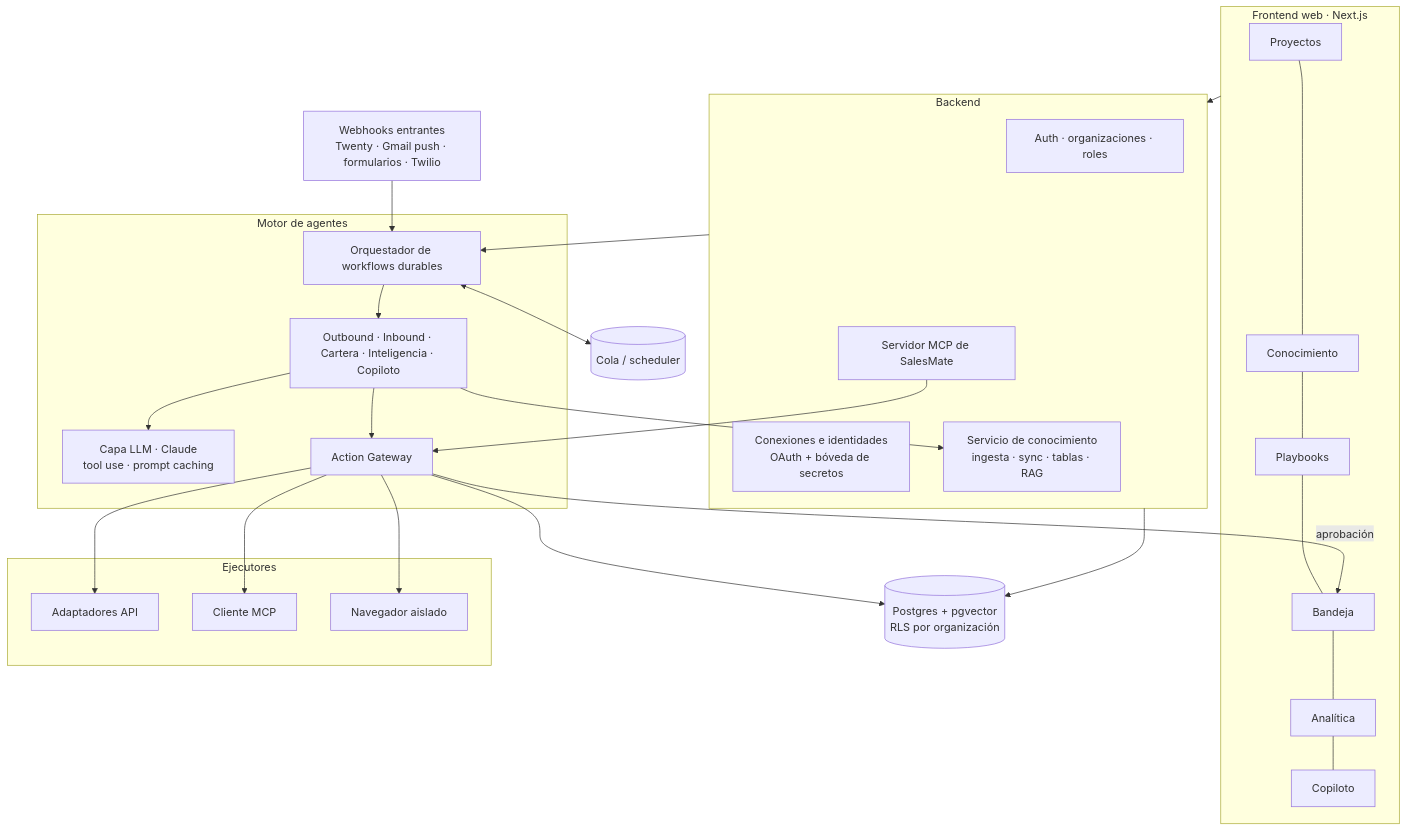
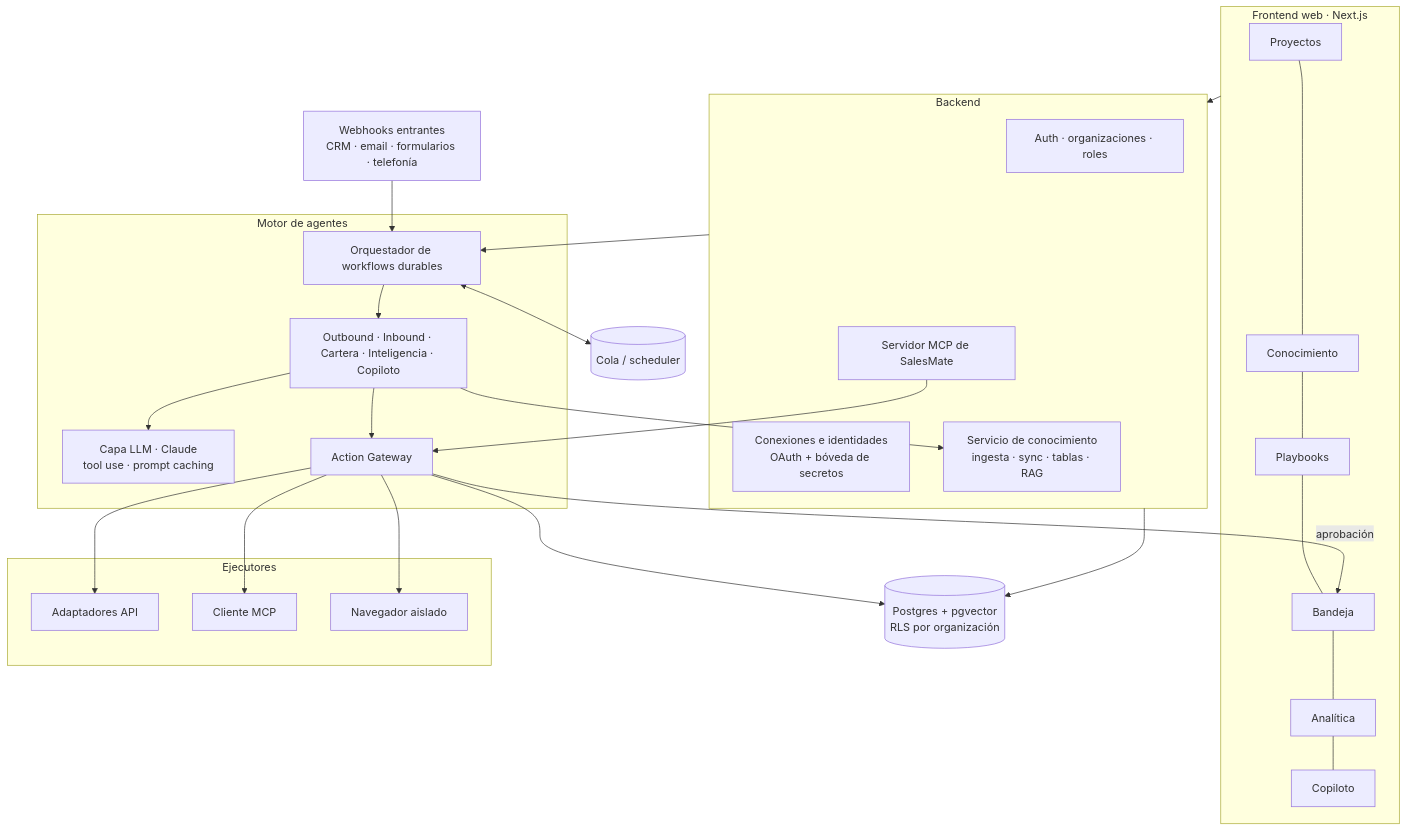
One commit to fredibaques/salesmate changed the fifth of 5 diagrams in docs/PLAN.md. Above: the diagram before and after it, drawn with Mermaid. The commit also changed other lines of this file and 1 other file, not shown here.

````diff
--- a/docs/PLAN.md
+++ b/docs/PLAN.md
@@ -504,37 +554,37 @@
 ```mermaid
 flowchart TB
     subgraph UI[Frontend web · Next.js]
         P[Proyectos] --- K[Conocimiento] --- PB[Playbooks] --- Inbox[Bandeja] --- An[Analítica] --- Cop[Copiloto]
     end
     subgraph API[Backend]
         Auth[Auth · organizaciones · roles]
         Conn[Conexiones e identidades<br/>OAuth + bóveda de secretos]
         KS[Servicio de conocimiento<br/>ingesta · sync · tablas · RAG]
         MCPS[Servidor MCP de SalesMate]
     end
     subgraph Engine[Motor de agentes]
         Orch[Orquestador de workflows durables]
         Agents[Outbound · Inbound · Cartera · Inteligencia · Copiloto]
         LLM[Capa LLM · Claude<br/>tool use · prompt caching]
         GW[Action Gateway]
     end
     subgraph Exec[Ejecutores]
         APIs[Adaptadores API]
         MCPC[Cliente MCP]
         BR[Navegador aislado]
     end
     DB[(Postgres + pgvector<br/>RLS por organización)]
     Q[(Cola / scheduler)]
-    Hooks[Webhooks entrantes<br/>Twenty · Gmail push · formularios · Twilio]
+    Hooks[Webhooks entrantes<br/>CRM · email · formularios · telefonía]
 
     UI --> API --> DB
     API --> Orch
     Hooks --> Orch
     Orch <--> Q
     Orch --> Agents --> LLM
     Agents --> KS
     Agents --> GW --> APIs & MCPC & BR
     GW --> DB
     GW -- aprobación --> Inbox
     MCPS --> GW
 ```
````
